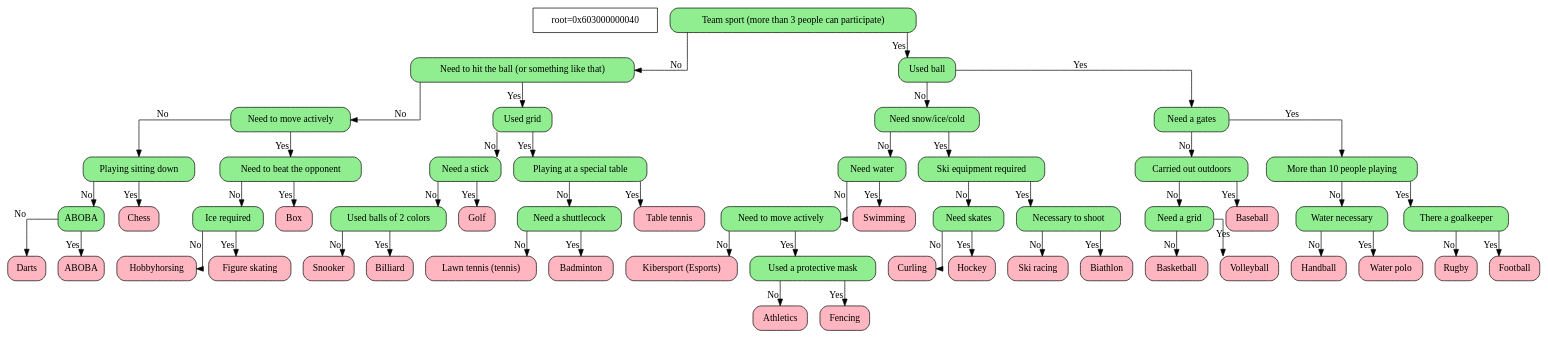
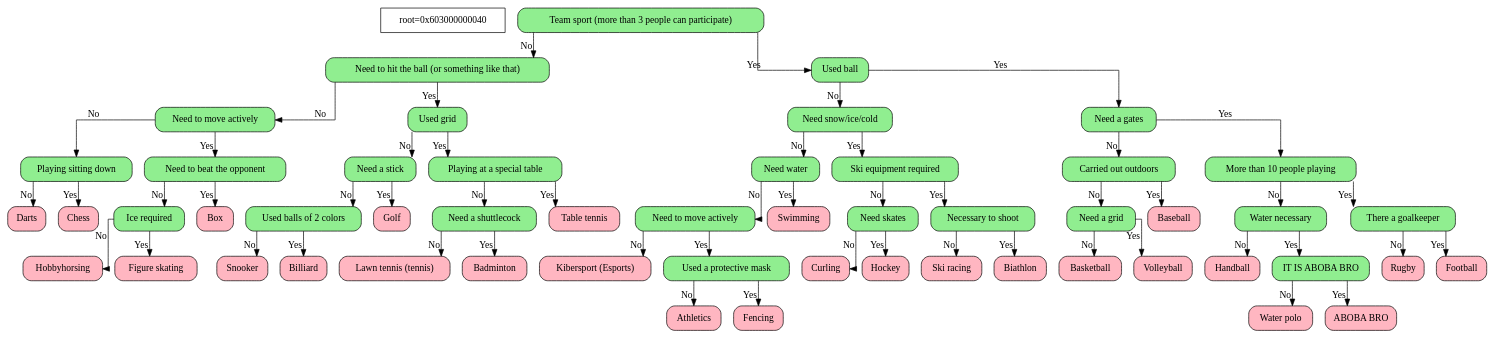
The diagram in DumpFiles/dump.dot (Yan103/Akinator), drawn with Graphviz before and after one commit. The commit also changed 11 other files, not shown here.

```diff
--- a/DumpFiles/dump.dot
+++ b/DumpFiles/dump.dot
@@ -11,14 +11,8 @@
 	node0x6030000000a0->node0x6030000000d0[xlabel="No"]
 	node0x6030000000d0[shape=Mrecord,style="rounded,filled",fillcolor="lightgreen",label="{ Playing sitting down }"]
 	node0x6030000000d0->node0x603000000100[xlabel="No"]
-	node0x603000000100[shape=Mrecord,style="rounded,filled",fillcolor="lightgreen",label="{ ABOBA }"]
-	node0x603000000100->node0x6030000009d0[xlabel="No"]
-	node0x6030000009d0[shape=Mrecord,style="rounded,filled",fillcolor="lightpink",label="{ Darts }"]
-	node0x6030000009d0[shape=Mrecord,style="rounded,filled",fillcolor="lightpink",label="{ Darts }"]
-	node0x603000000100[shape=Mrecord,style="rounded,filled",fillcolor="lightgreen",label="{ ABOBA }"]
-	node0x603000000100->node0x603000000a00[xlabel="Yes"]
-	node0x603000000a00[shape=Mrecord,style="rounded,filled",fillcolor="lightpink",label="{ ABOBA }"]
-	node0x603000000a00[shape=Mrecord,style="rounded,filled",fillcolor="lightpink",label="{ ABOBA }"]
+	node0x603000000100[shape=Mrecord,style="rounded,filled",fillcolor="lightpink",label="{ Darts }"]
+	node0x603000000100[shape=Mrecord,style="rounded,filled",fillcolor="lightpink",label="{ Darts }"]
 	node0x6030000000d0[shape=Mrecord,style="rounded,filled",fillcolor="lightgreen",label="{ Playing sitting down }"]
 	node0x6030000000d0->node0x603000000130[xlabel="Yes"]
 	node0x603000000130[shape=Mrecord,style="rounded,filled",fillcolor="lightpink",label="{ Chess }"]
@@ -149,8 +143,14 @@
 	node0x6030000008e0[shape=Mrecord,style="rounded,filled",fillcolor="lightpink",label="{ Handball }"]
 	node0x6030000008b0[shape=Mrecord,style="rounded,filled",fillcolor="lightgreen",label="{ Water necessary }"]
 	node0x6030000008b0->node0x603000000910[xlabel="Yes"]
-	node0x603000000910[shape=Mrecord,style="rounded,filled",fillcolor="lightpink",label="{ Water polo }"]
-	node0x603000000910[shape=Mrecord,style="rounded,filled",fillcolor="lightpink",label="{ Water polo }"]
+	node0x603000000910[shape=Mrecord,style="rounded,filled",fillcolor="lightgreen",label="{ IT IS ABOBA BRO }"]
+	node0x603000000910->node0x6030000009d0[xlabel="No"]
+	node0x6030000009d0[shape=Mrecord,style="rounded,filled",fillcolor="lightpink",label="{ Water polo }"]
+	node0x6030000009d0[shape=Mrecord,style="rounded,filled",fillcolor="lightpink",label="{ Water polo }"]
+	node0x603000000910[shape=Mrecord,style="rounded,filled",fillcolor="lightgreen",label="{ IT IS ABOBA BRO }"]
+	node0x603000000910->node0x603000000a00[xlabel="Yes"]
+	node0x603000000a00[shape=Mrecord,style="rounded,filled",fillcolor="lightpink",label="{ ABOBA BRO }"]
+	node0x603000000a00[shape=Mrecord,style="rounded,filled",fillcolor="lightpink",label="{ ABOBA BRO }"]
 	node0x603000000880[shape=Mrecord,style="rounded,filled",fillcolor="lightgreen",label="{ More than 10 people playing }"]
 	node0x603000000880->node0x603000000940[xlabel="Yes"]
 	node0x603000000940[shape=Mrecord,style="rounded,filled",fillcolor="lightgreen",label="{ There a goalkeeper }"]
```
